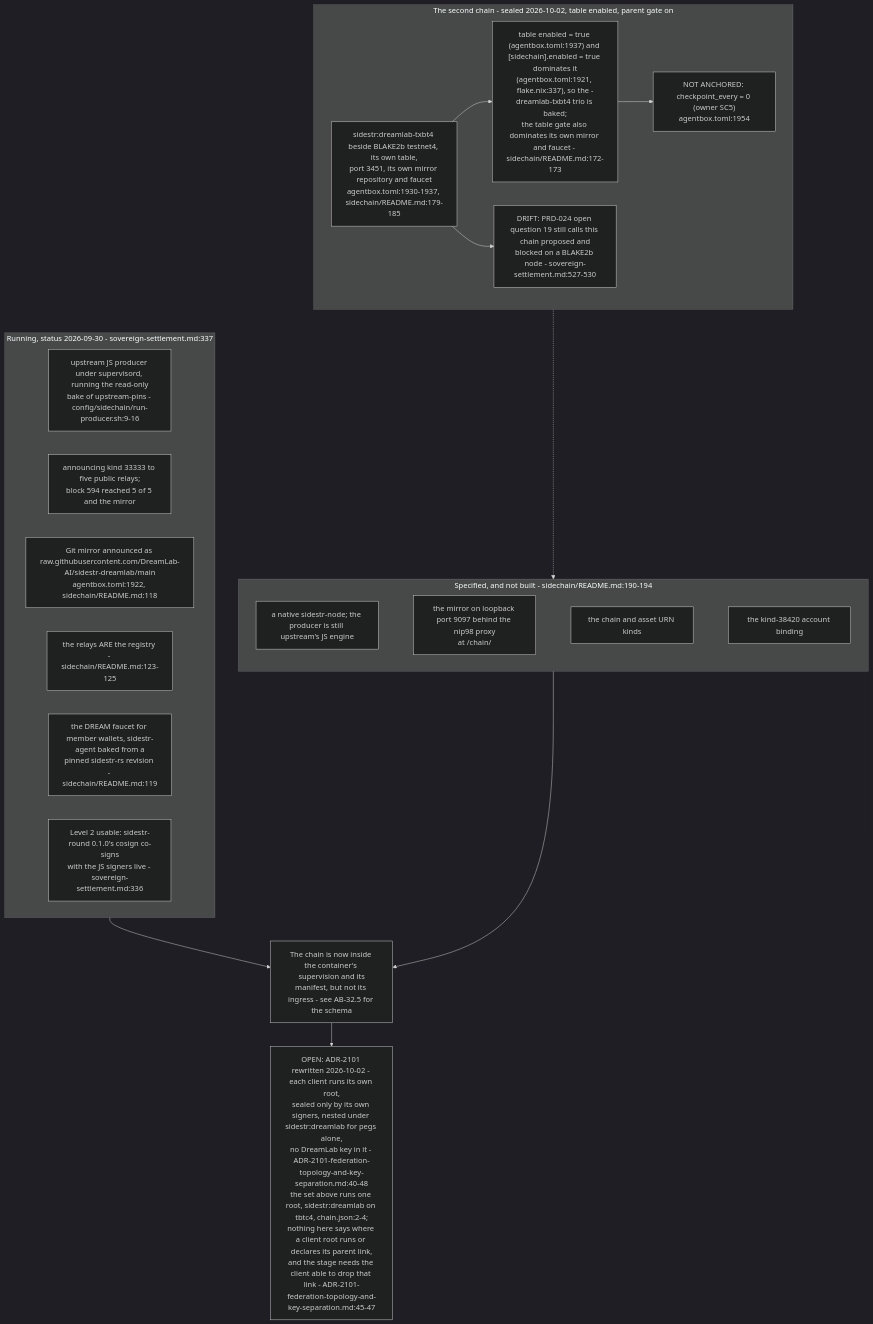
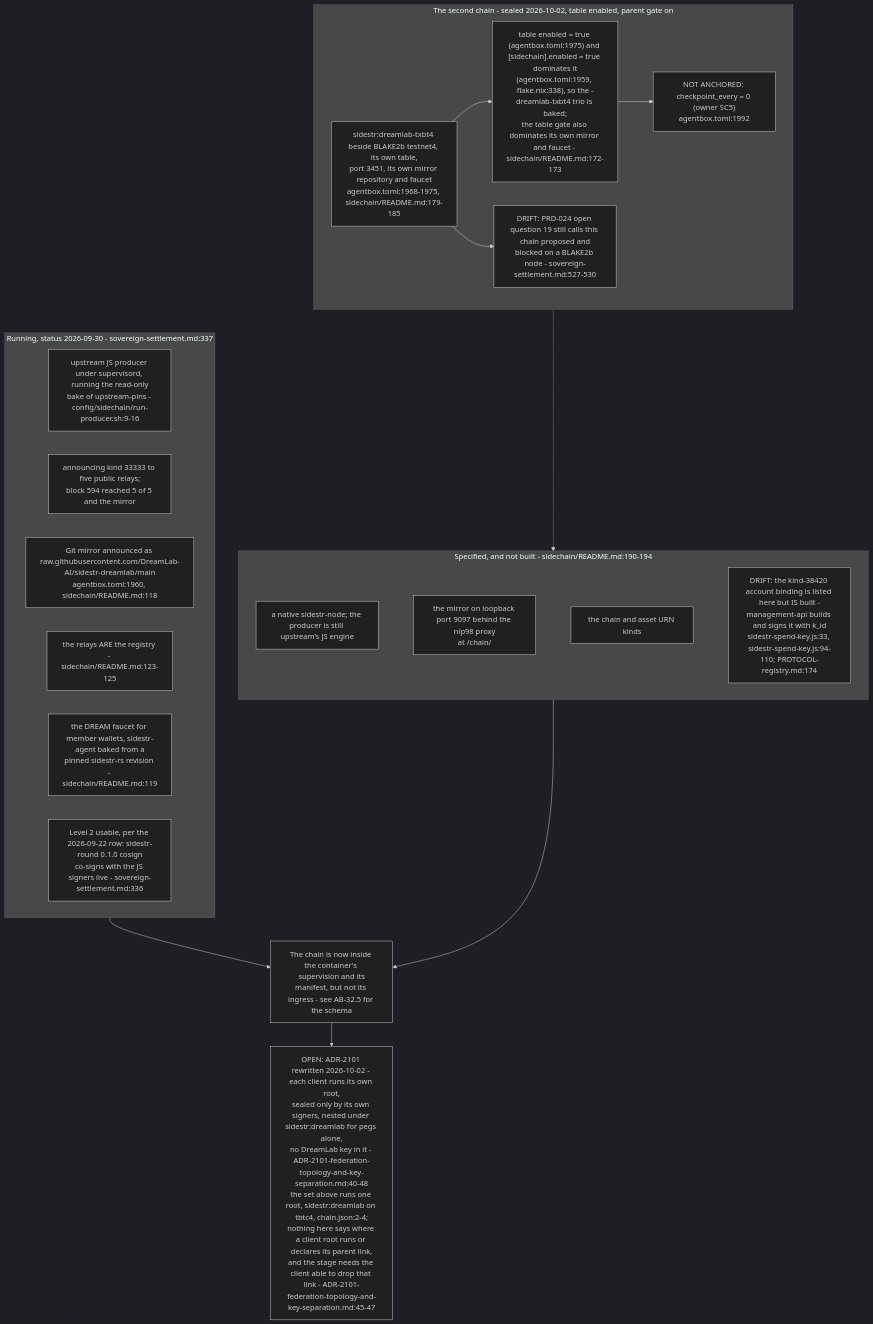
The fifth of 6 diagrams in docs/diagrams/agentbox/34-sidestr-interim-producer-and-mirror.md (DreamLab-AI/VisionFlow), drawn with Mermaid (dark theme) before and after one commit. The commit also changed other lines of this file and 173 other files, not shown here.

````diff
--- a/docs/diagrams/agentbox/34-sidestr-interim-producer-and-mirror.md
+++ b/docs/diagrams/agentbox/34-sidestr-interim-producer-and-mirror.md
@@ -214,30 +215,30 @@
 ```mermaid
 flowchart TB
     subgraph now["Running, status 2026-09-30 - sovereign-settlement.md:337"]
         N1["upstream JS producer under supervisord, running the read-only<br/>bake of upstream-pins - config/sidechain/run-producer.sh:9-16"]
         N2["announcing kind 33333 to five public relays;<br/>block 594 reached 5 of 5 and the mirror"]
-        N3["Git mirror announced as raw.githubusercontent.com/DreamLab-AI/sidestr-dreamlab/main<br/>agentbox.toml:1922, sidechain/README.md:118"]
+        N3["Git mirror announced as raw.githubusercontent.com/DreamLab-AI/sidestr-dreamlab/main<br/>agentbox.toml:1960, sidechain/README.md:118"]
         N4["the relays ARE the registry - sidechain/README.md:123-125"]
         N5["the DREAM faucet for member wallets, sidestr-agent baked from a<br/>pinned sidestr-rs revision - sidechain/README.md:119"]
-        N6["Level 2 usable: sidestr-round 0.1.0's cosign co-signs<br/>with the JS signers live - sovereign-settlement.md:336"]
+        N6["Level 2 usable, per the 2026-09-22 row: sidestr-round 0.1.0 cosign<br/>co-signs with the JS signers live - sovereign-settlement.md:336"]
     end
     subgraph spec["Specified, and not built - sidechain/README.md:190-194"]
         S2["a native sidestr-node; the producer is still upstream's JS engine"]
         S3["the mirror on loopback port 9097 behind the nip98 proxy<br/>at /chain/"]
         S4["the chain and asset URN kinds"]
-        S5["the kind-38420 account binding"]
+        S5["DRIFT: the kind-38420 account binding is listed here but IS built -<br/>management-api builds and signs it with k_id<br/>sidestr-spend-key.js:33, sidestr-spend-key.js:94-110; PROTOCOL-registry.md:174"]
         S2 ~~~ S3 ~~~ S4 ~~~ S5
     end
     subgraph next["The second chain - sealed 2026-10-02, table enabled, parent gate on"]
-        X1["sidestr:dreamlab-txbt4 beside BLAKE2b testnet4, its own table,<br/>port 3451, its own mirror repository and faucet<br/>agentbox.toml:1930-1937, sidechain/README.md:179-185"]
-        X2["table enabled = true (agentbox.toml:1937) and [sidechain].enabled = true dominates it<br/>(agentbox.toml:1921, flake.nix:337), so the -dreamlab-txbt4 trio is baked;<br/>the table gate also dominates its own mirror and faucet - sidechain/README.md:172-173"]
-        X3["NOT ANCHORED: checkpoint_every = 0 (owner SC5)<br/>agentbox.toml:1954"]
+        X1["sidestr:dreamlab-txbt4 beside BLAKE2b testnet4, its own table,<br/>port 3451, its own mirror repository and faucet<br/>agentbox.toml:1968-1975, sidechain/README.md:179-185"]
+        X2["table enabled = true (agentbox.toml:1975) and [sidechain].enabled = true dominates it<br/>(agentbox.toml:1959, flake.nix:338), so the -dreamlab-txbt4 trio is baked;<br/>the table gate also dominates its own mirror and faucet - sidechain/README.md:172-173"]
+        X3["NOT ANCHORED: checkpoint_every = 0 (owner SC5)<br/>agentbox.toml:1992"]
         X4["DRIFT: PRD-024 open question 19 still calls this chain proposed and<br/>blocked on a BLAKE2b node - sovereign-settlement.md:527-530"]
         X1 --> X2 --> X3
         X1 --> X4
     end
     now --> GAP["The chain is now inside the container's supervision and its<br/>manifest, but not its ingress - see AB-32.5 for the schema"]
     spec --> GAP
     next -.-> spec
     GAP --> FED["OPEN: ADR-2101 rewritten 2026-10-02 - each client runs its own root,<br/>sealed only by its own signers, nested under sidestr:dreamlab for pegs alone,<br/>no DreamLab key in it - ADR-2101-federation-topology-and-key-separation.md:40-48<br/>the set above runs one root, sidestr:dreamlab on tbtc4, chain.json:2-4;<br/>nothing here says where a client root runs or declares its parent link,<br/>and the stage needs the client able to drop that link - ADR-2101-federation-topology-and-key-separation.md:45-47"]
 ```
````
